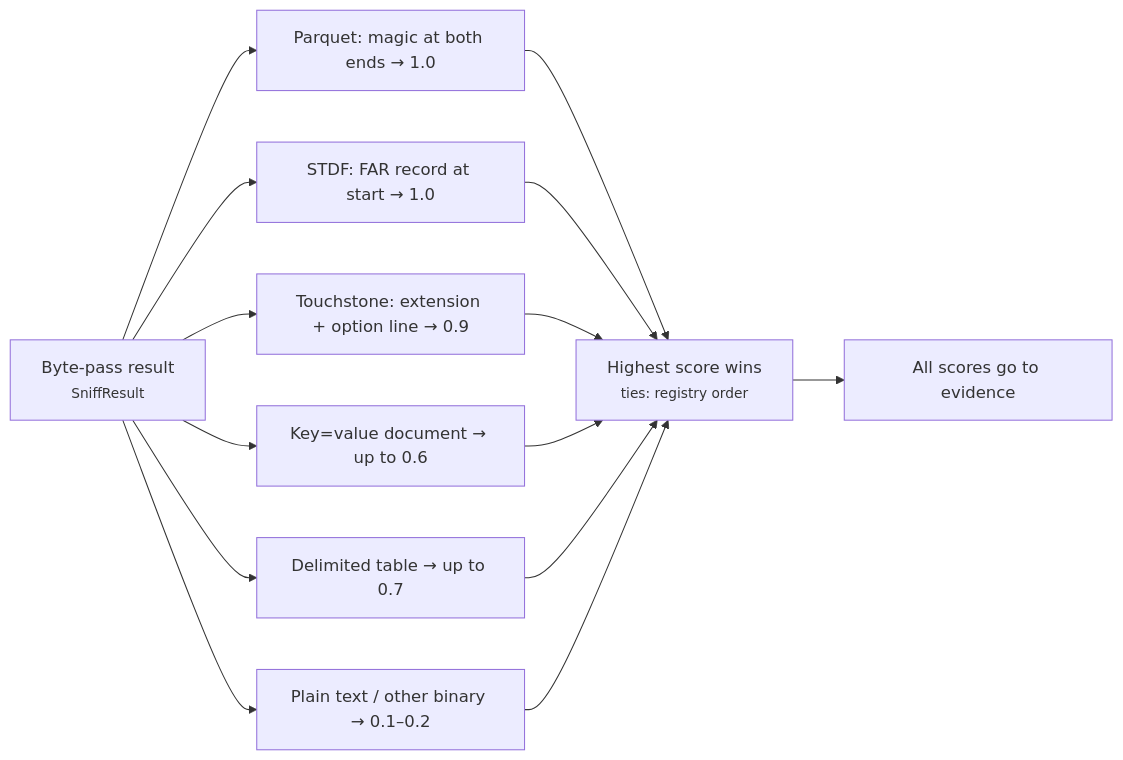
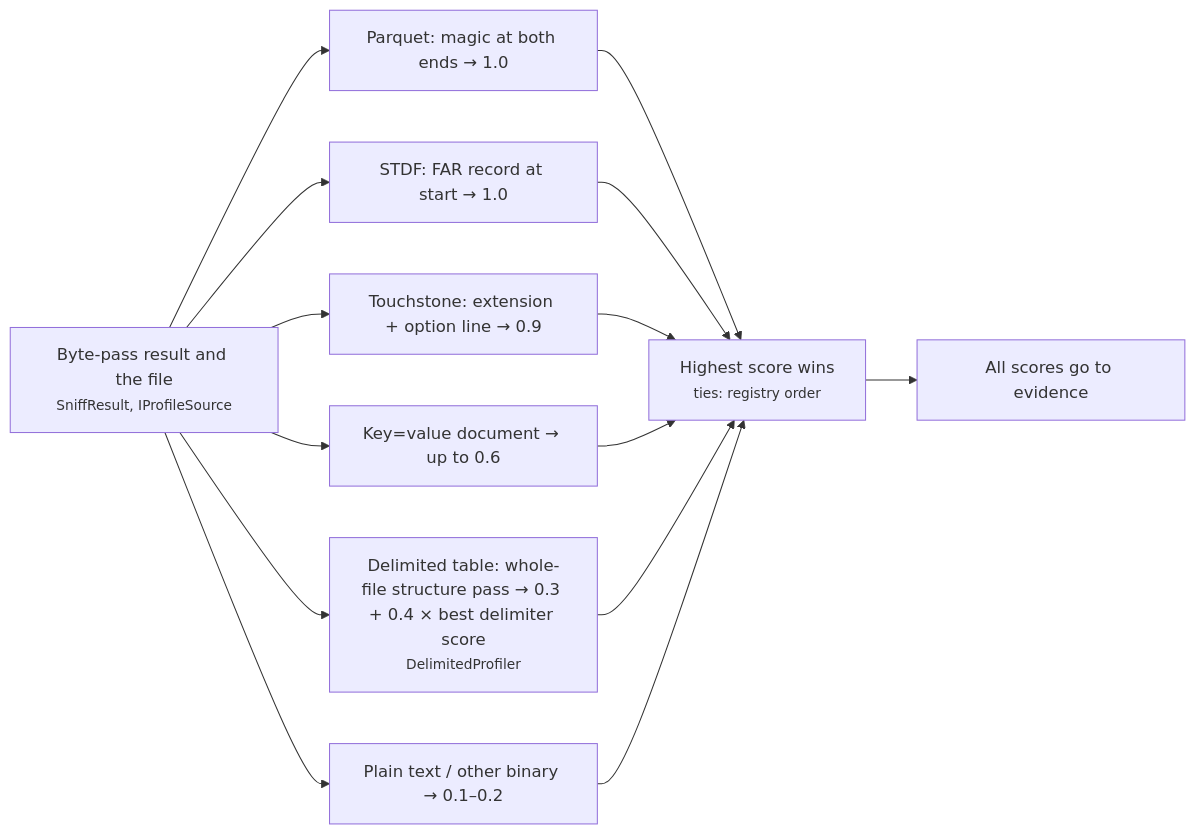
One commit to squalor-xyz/squalify changed the third of 16 diagrams in docs/how-it-works.md. Above: the diagram before and after it, drawn with Mermaid. The commit also changed other lines of this file and 63 other files, not shown here.

````diff
--- a/docs/how-it-works.md
+++ b/docs/how-it-works.md
@@ -44,11 +44,11 @@
 ```mermaid
 flowchart LR
-    S["Byte-pass result<br/><small>SniffResult</small>"] --> P1["Parquet: magic at both ends → 1.0"]
+    S["Byte-pass result and the file<br/><small>SniffResult, IProfileSource</small>"] --> P1["Parquet: magic at both ends → 1.0"]
     S --> P2["STDF: FAR record at start → 1.0"]
     S --> P3["Touchstone: extension + option line → 0.9"]
     S --> P4["Key=value document → up to 0.6"]
-    S --> P5["Delimited table → up to 0.7"]
+    S --> P5["Delimited table: whole-file structure pass → 0.3 + 0.4 × best delimiter score<br/><small>DelimitedProfiler</small>"]
     S --> P6["Plain text / other binary → 0.1–0.2"]
     P1 & P2 & P3 & P4 & P5 & P6 --> W["Highest score wins<br/><small>ties: registry order</small>"]
     W --> Ev["All scores go to evidence"]
 ```
````
